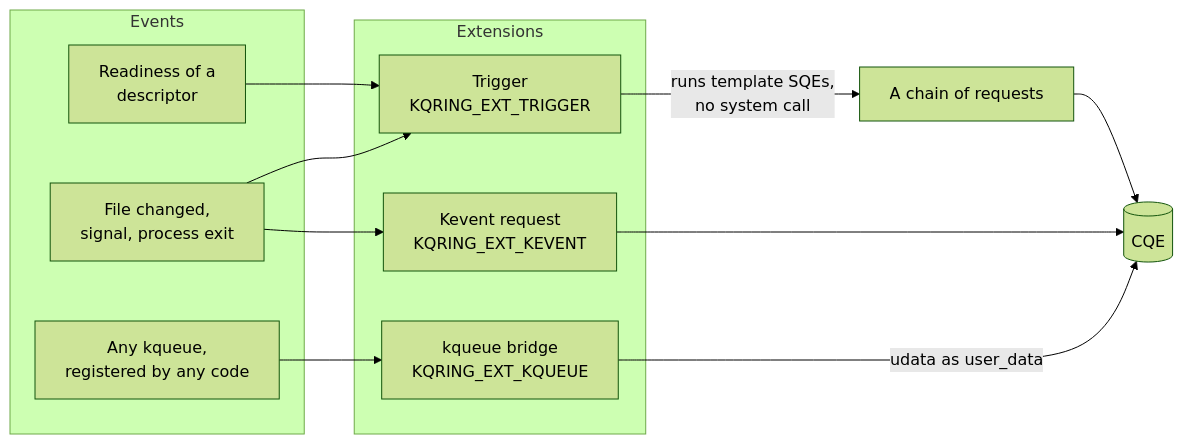
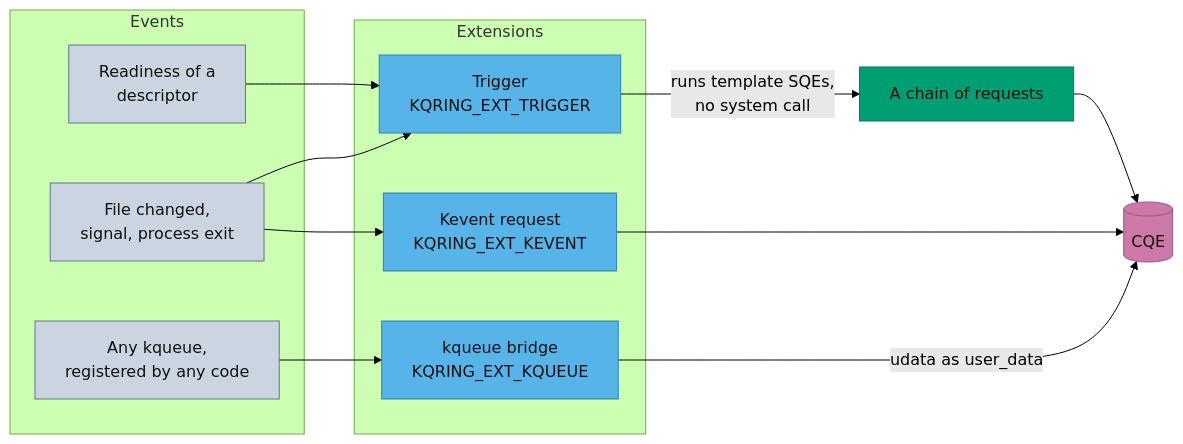
Before and after one commit to grepjava/kqring: diagram 13 of 15 in ARCHITECTURE.MD, drawn with Mermaid (forest theme). The commit also changed other lines of this file and 1 other file, not shown here.

First line of the commit message:
Docs: color the diagrams by role

````diff
--- a/ARCHITECTURE.MD
+++ b/ARCHITECTURE.MD
@@ -553,21 +648,30 @@
 ```mermaid
 flowchart LR
     subgraph Sources["Events"]
         R["Readiness of a<br/>descriptor"]
         V["File changed,<br/>signal, process exit"]
         Q["Any kqueue,<br/>registered by any code"]
     end
     subgraph Ext["Extensions"]
         T["Trigger<br/>KQRING_EXT_TRIGGER"]
         K["Kevent request<br/>KQRING_EXT_KEVENT"]
         B["kqueue bridge<br/>KQRING_EXT_KQUEUE"]
     end
     R --> T
     V --> T
     V --> K
     Q --> B
     T -- "runs template SQEs,<br/>no system call" --> Run["A chain of requests"]
     K --> CQ[("CQE")]
     B -- "udata as user_data" --> CQ
     Run --> CQ
+
+    classDef core fill:#56b4e9,stroke:#2b83b8,color:#111111
+    classDef ops fill:#009e73,stroke:#007a59,color:#111111
+    classDef queue fill:#cc79a7,stroke:#a35684,color:#111111
+    classDef plain fill:#cbd5e1,stroke:#64748b,color:#111111
+    class R,V,Q plain
+    class T,K,B core
+    class Run ops
+    class CQ queue
 ```
````
